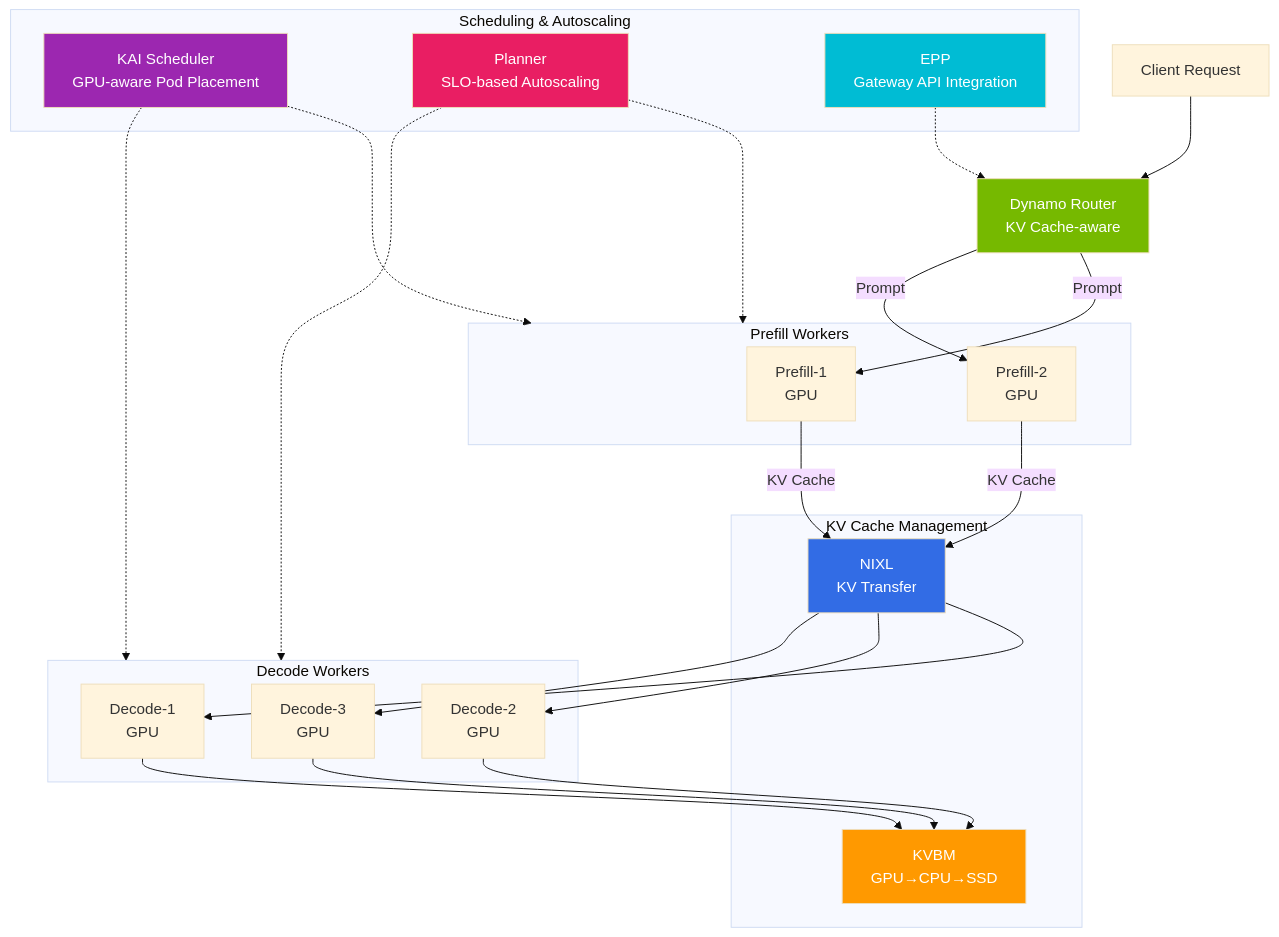
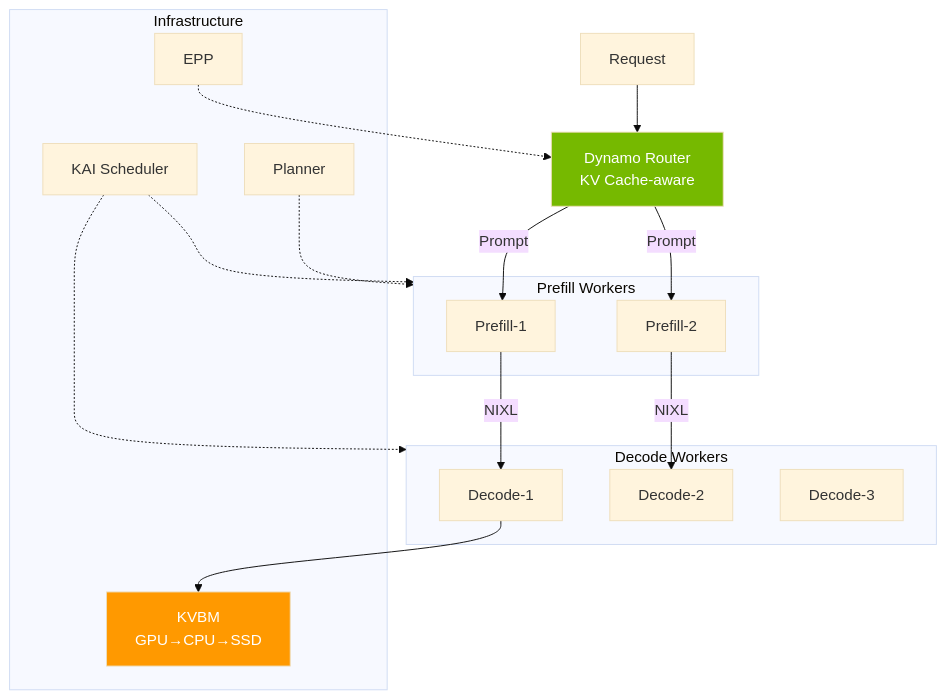
Before and after one commit to devfloor9/engineering-playbook: the second of 2 diagrams in i18n/en/docusaurus-plugin-content-docs/current/agentic-ai-platform/model-serving/nvidia-gpu-stack.md, drawn with Mermaid (base theme). The commit also changed other lines of this file and 95 other files, not shown here.

````diff
--- a/i18n/en/docusaurus-plugin-content-docs/current/agentic-ai-platform/model-serving/nvidia-gpu-stack.md
+++ b/i18n/en/docusaurus-plugin-content-docs/current/agentic-ai-platform/model-serving/nvidia-gpu-stack.md
@@ -611,50 +335,36 @@
 ```mermaid
 flowchart TD
-    CLIENT["Client Request"] --> ROUTER["Dynamo Router<br/>KV Cache-aware"]
+    CLIENT["Request"] --> ROUTER["Dynamo Router<br/>KV Cache-aware"]
 
     subgraph Prefill["Prefill Workers"]
-        PF1["Prefill-1<br/>GPU"]
-        PF2["Prefill-2<br/>GPU"]
+        PF1["Prefill-1"]
+        PF2["Prefill-2"]
     end
 
     subgraph Decode["Decode Workers"]
-        DC1["Decode-1<br/>GPU"]
-        DC2["Decode-2<br/>GPU"]
-        DC3["Decode-3<br/>GPU"]
+        DC1["Decode-1"]
+        DC2["Decode-2"]
+        DC3["Decode-3"]
     end
 
-    subgraph KVCache["KV Cache Management"]
+    ROUTER -->|Prompt| PF1
+    ROUTER -->|Prompt| PF2
+    PF1 -->|NIXL| DC1
+    PF2 -->|NIXL| DC2
+
+    subgraph Infra["Infrastructure"]
         KVBM["KVBM<br/>GPU→CPU→SSD"]
-        NIXL["NIXL<br/>KV Transfer"]
+        KAI["KAI Scheduler"]
+        PLANNER["Planner"]
+        EPP["EPP"]
     end
 
-    ROUTER -->|"Prompt"| PF1
-    ROUTER -->|"Prompt"| PF2
-    PF1 -->|"KV Cache"| NIXL
-    PF2 -->|"KV Cache"| NIXL
-    NIXL --> DC1
-    NIXL --> DC2
-    NIXL --> DC3
     DC1 --> KVBM
-    DC2 --> KVBM
-    DC3 --> KVBM
-
-    subgraph Scheduler["Scheduling & Autoscaling"]
-        KAI["KAI Scheduler<br/>GPU-aware Pod Placement"]
-        PLANNER["Planner<br/>SLO-based Autoscaling"]
-        EPP["EPP<br/>Gateway API Integration"]
-    end
-
     KAI -.-> Prefill
     KAI -.-> Decode
     PLANNER -.-> Prefill
-    PLANNER -.-> Decode
     EPP -.-> ROUTER
 
     style ROUTER fill:#76b900,color:#fff
-    style NIXL fill:#326ce5,color:#fff
     style KVBM fill:#ff9900,color:#fff
-    style KAI fill:#9c27b0,color:#fff
-    style PLANNER fill:#e91e63,color:#fff
-    style EPP fill:#00bcd4,color:#fff
 ```
````
